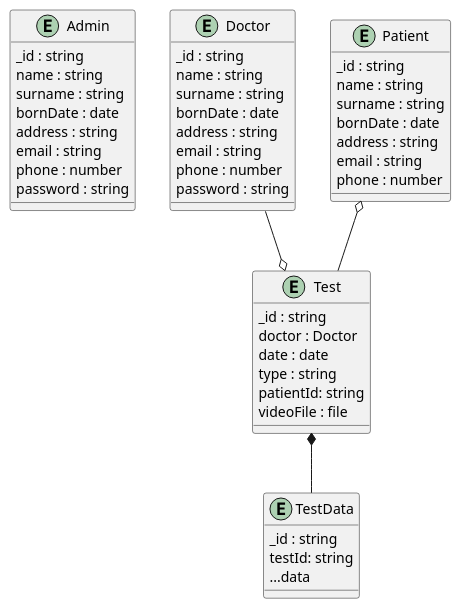
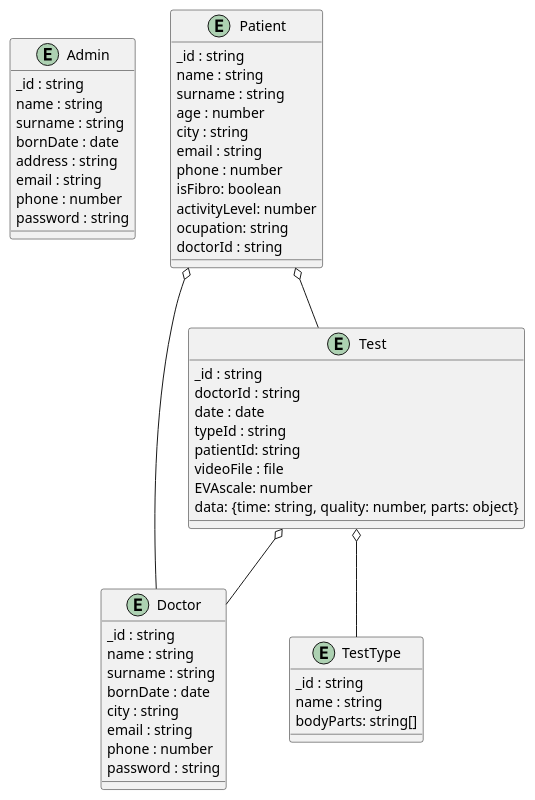
One commit to TFG-SGM/memoria changed the second of 5 diagrams in templateAPP/input/appendices/03_diagramas.md. Above: the diagram before and after it, drawn with PlantUML. The commit also changed 37 other files, not shown here.

````diff
--- a/templateAPP/input/appendices/03_diagramas.md
+++ b/templateAPP/input/appendices/03_diagramas.md
@@ -44,55 +44,64 @@
 ```{.plantuml #anexo3:diagrama-bd caption="Diagrama de base de datos" frame=single}
 @startuml
 
 entity Admin{
 _id : string
 name : string
 surname : string
 bornDate : date
 address : string 
 email : string
 phone : number
 password : string
 }
 
 entity Doctor{
 _id : string
 name : string
 surname : string
 bornDate : date
-address : string 
+city : string 
 email : string
 phone : number
 password : string
 }
 
 entity Patient{
 _id : string
 name : string
 surname : string
-bornDate : date
-address : string 
+age : number
+city : string 
 email : string
 phone : number
+isFibro: boolean
+activityLevel: number
+ocupation: string
+doctorId : string
 }
 
 entity Test {
 _id : string
-doctor : Doctor
+doctorId : string
 date : date
-type : string
+typeId : string
 patientId: string
 videoFile : file
+EVAscale: number
+data: {time: string, quality: number, parts: object}
 }
 
-entity TestData{
+entity TestType {
 _id : string
-testId: string
-...data
+name : string
+bodyParts: string[]
 }
 
-Doctor --o Test
+
+Patient o-- Doctor
 Patient o-- Test
-Test *-- TestData
+Test o-- Doctor
+Test o-- TestType
+
 @enduml
 ```
````
